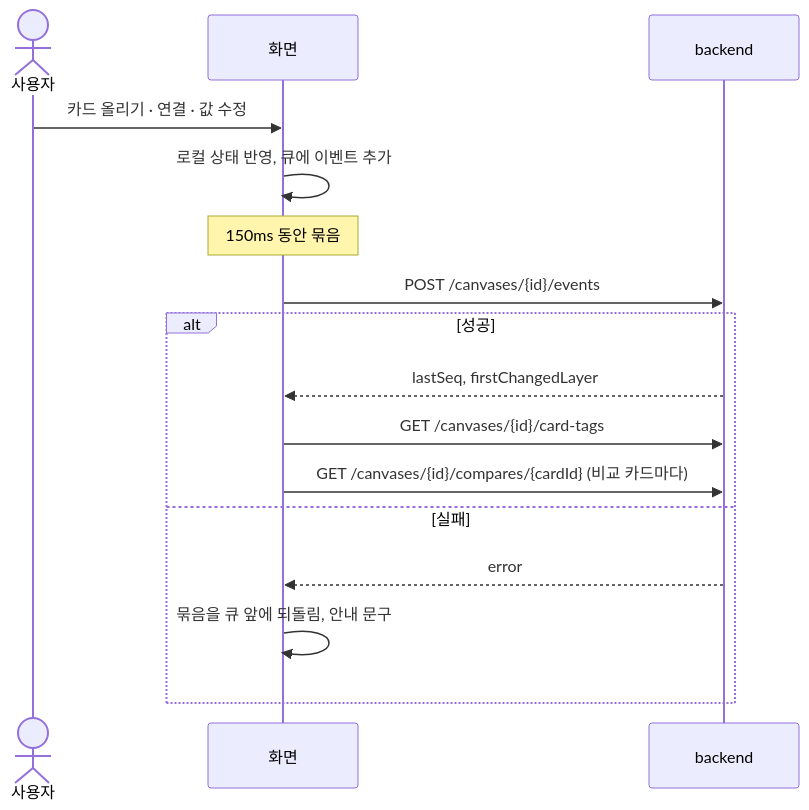
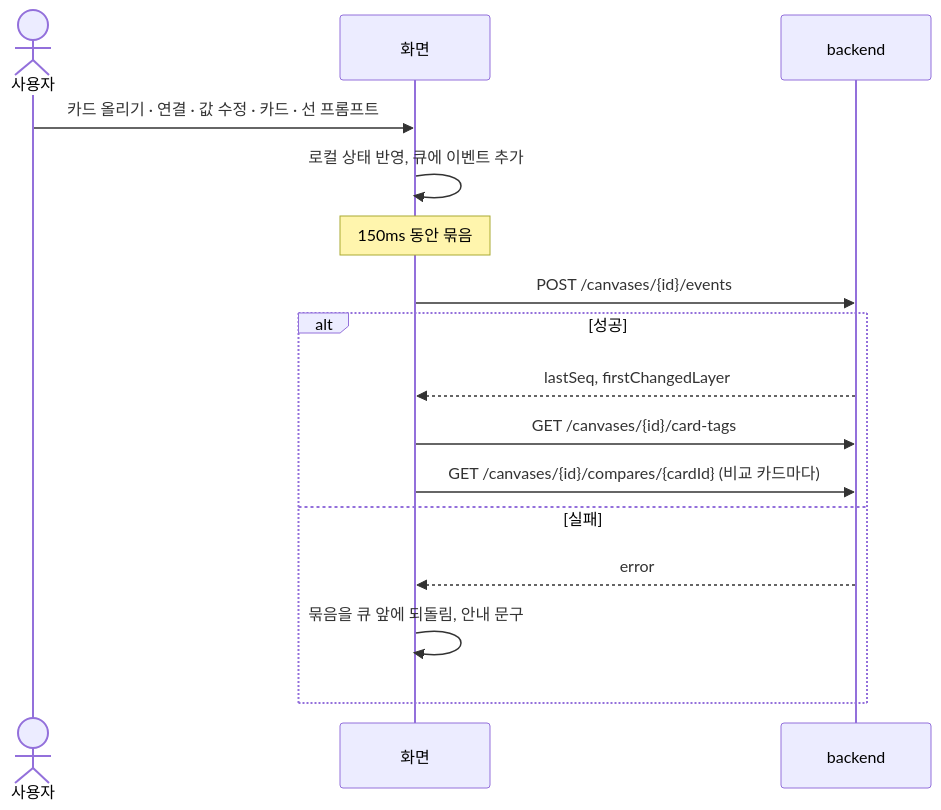
Before and after one commit to vamos-team/telescope: the fourth of 7 diagrams in docs/frontend/api-diagram.md, drawn with Mermaid. The commit also changed other lines of this file and 6 other files, not shown here.

````diff
--- a/docs/frontend/api-diagram.md
+++ b/docs/frontend/api-diagram.md
@@ -108,19 +108,19 @@
 ```mermaid
 sequenceDiagram
   actor U as 사용자
   participant F as 화면
   participant B as backend
 
-  U->>F: 카드 올리기 · 연결 · 값 수정
+  U->>F: 카드 올리기 · 연결 · 값 수정 · 카드 · 선 프롬프트
   F->>F: 로컬 상태 반영, 큐에 이벤트 추가
   Note over F: 150ms 동안 묶음
   F->>B: POST /canvases/{id}/events
   alt 성공
     B-->>F: lastSeq, firstChangedLayer
     F->>B: GET /canvases/{id}/card-tags
     F->>B: GET /canvases/{id}/compares/{cardId} (비교 카드마다)
   else 실패
     B-->>F: error
     F->>F: 묶음을 큐 앞에 되돌림, 안내 문구
   end
 ```
````
